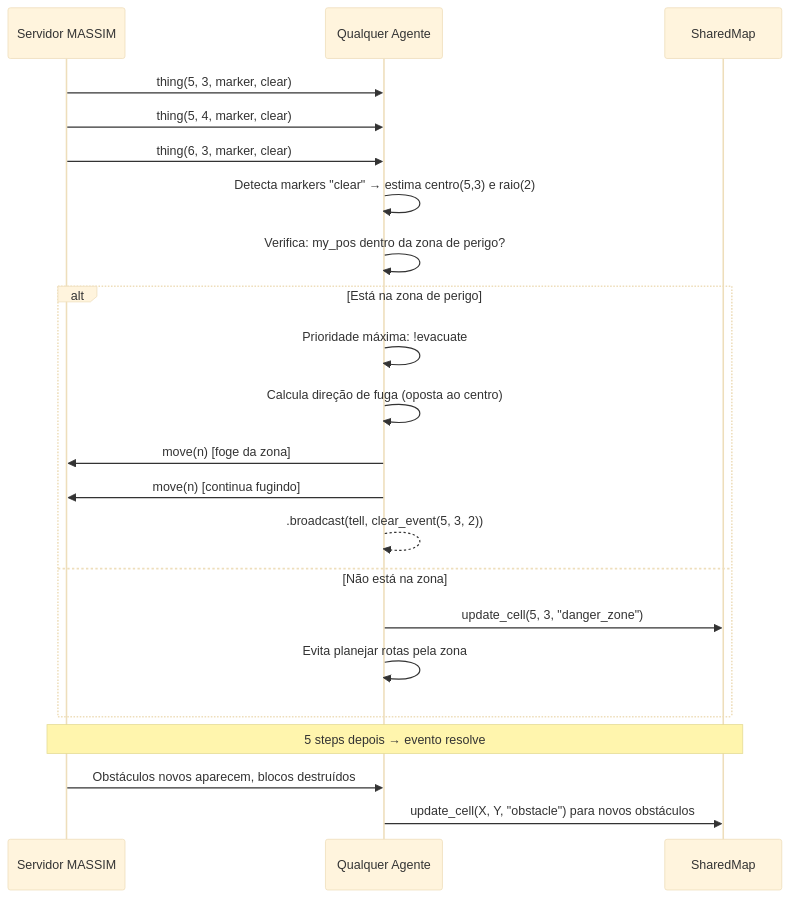
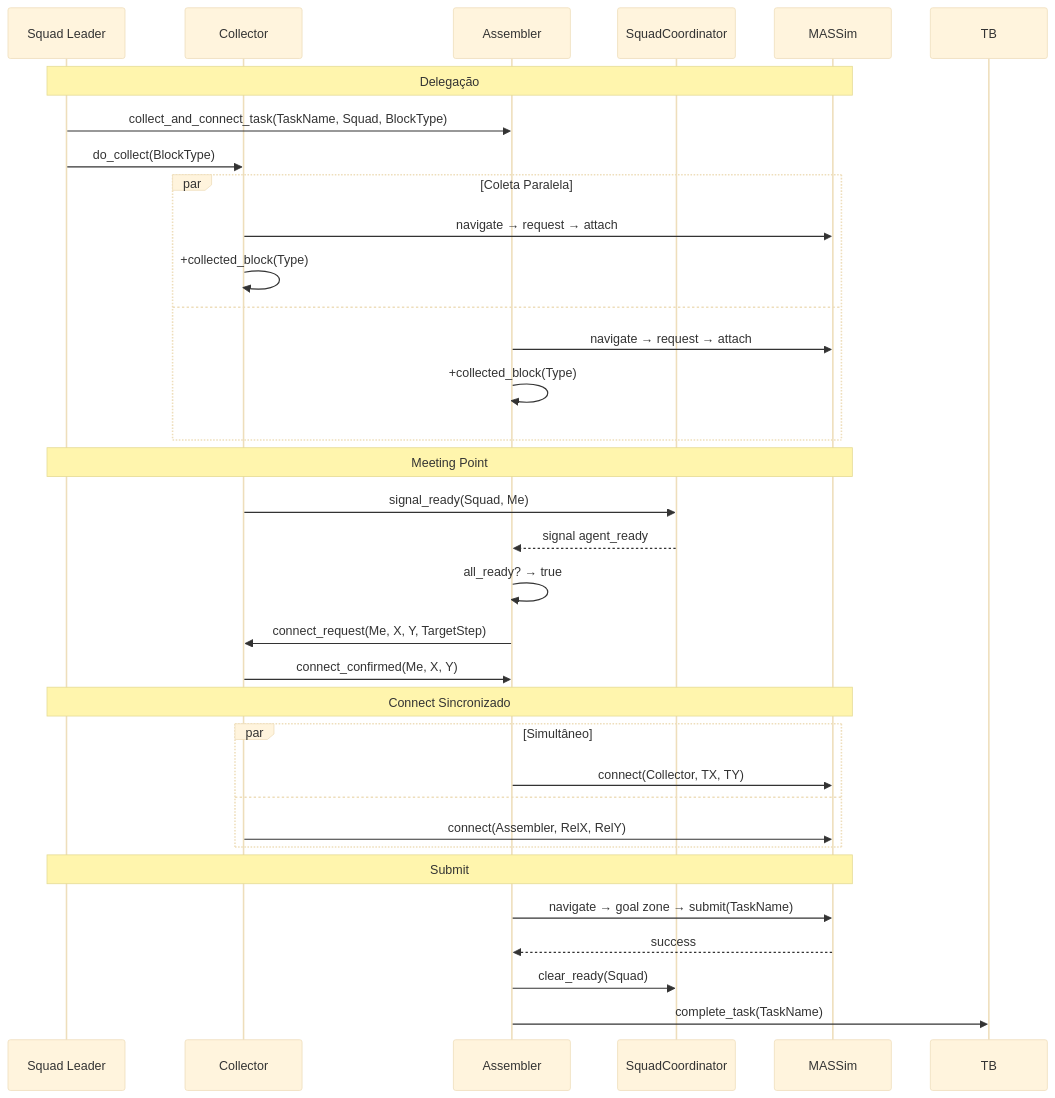
The eighth of 19 diagrams in doc/ARCH.md (MarceloNG/PCS5703-MAS-HIVE), drawn with Mermaid (base theme) before and after one commit. The commit also changed other lines of this file and 33 other files, not shown here.

````diff
--- a/doc/ARCH.md
+++ b/doc/ARCH.md
@@ -380,28 +391,45 @@
 ```mermaid
 sequenceDiagram
-    participant MASSIM as Servidor MASSIM
-    participant AG as Qualquer Agente
-    participant SM as SharedMap
+    participant LEAD as Squad Leader
+    participant COL as Collector
+    participant ASM as Assembler
+    participant SC as SquadCoordinator
+    participant MASSIM as MASSim
 
-    MASSIM->>AG: thing(5, 3, marker, clear)
-    MASSIM->>AG: thing(5, 4, marker, clear)
-    MASSIM->>AG: thing(6, 3, marker, clear)
+    Note over LEAD,MASSIM: Delegação
 
-    AG->>AG: Detecta markers "clear" → estima centro(5,3) e raio(2)
-    AG->>AG: Verifica: my_pos dentro da zona de perigo?
+    LEAD->>ASM: collect_and_connect_task(TaskName, Squad, BlockType)
+    LEAD->>COL: do_collect(BlockType)
 
-    alt Está na zona de perigo
-        AG->>AG: Prioridade máxima: !evacuate
-        AG->>AG: Calcula direção de fuga (oposta ao centro)
-        AG->>MASSIM: move(n) [foge da zona]
-        AG->>MASSIM: move(n) [continua fugindo]
-        AG-->>AG: .broadcast(tell, clear_event(5, 3, 2))
-    else Não está na zona
-        AG->>SM: update_cell(5, 3, "danger_zone")
-        AG->>AG: Evita planejar rotas pela zona
+    par Coleta Paralela
+        COL->>MASSIM: navigate → request → attach
+        COL->>COL: +collected_block(Type)
+    and
+        ASM->>MASSIM: navigate → request → attach
+        ASM->>ASM: +collected_block(Type)
     end
 
-    Note over MASSIM,SM: 5 steps depois → evento resolve
-    MASSIM->>AG: Obstáculos novos aparecem, blocos destruídos
-    AG->>SM: update_cell(X, Y, "obstacle") para novos obstáculos
+    Note over LEAD,MASSIM: Meeting Point
+
+    COL->>SC: signal_ready(Squad, Me)
+    SC-->>ASM: signal agent_ready
+
+    ASM->>ASM: all_ready? → true
+    ASM->>COL: connect_request(Me, X, Y, TargetStep)
+    COL->>ASM: connect_confirmed(Me, X, Y)
+
+    Note over LEAD,MASSIM: Connect Sincronizado
+
+    par Simultâneo
+        ASM->>MASSIM: connect(Collector, TX, TY)
+    and
+        COL->>MASSIM: connect(Assembler, RelX, RelY)
+    end
+
+    Note over LEAD,MASSIM: Submit
+
+    ASM->>MASSIM: navigate → goal zone → submit(TaskName)
+    MASSIM-->>ASM: success
+    ASM->>SC: clear_ready(Squad)
+    ASM->>TB: complete_task(TaskName)
 ```
````
